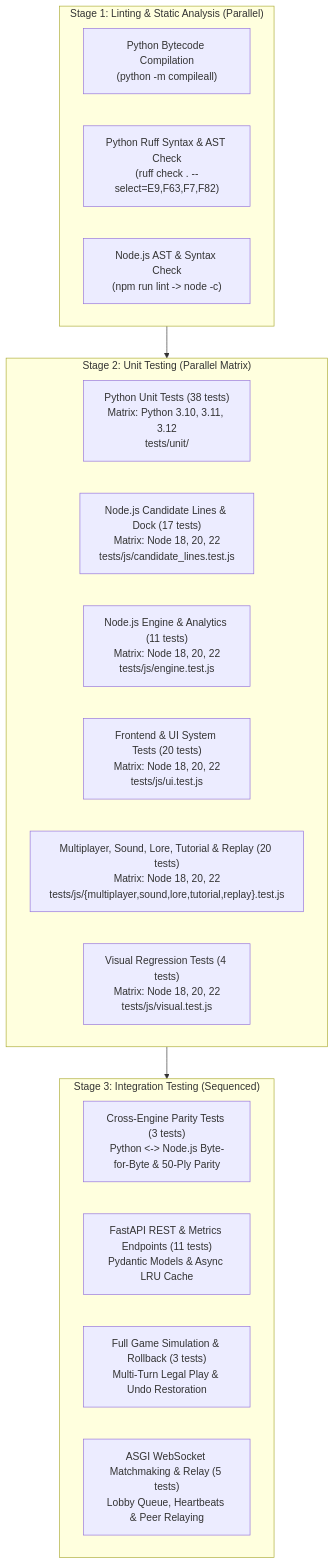
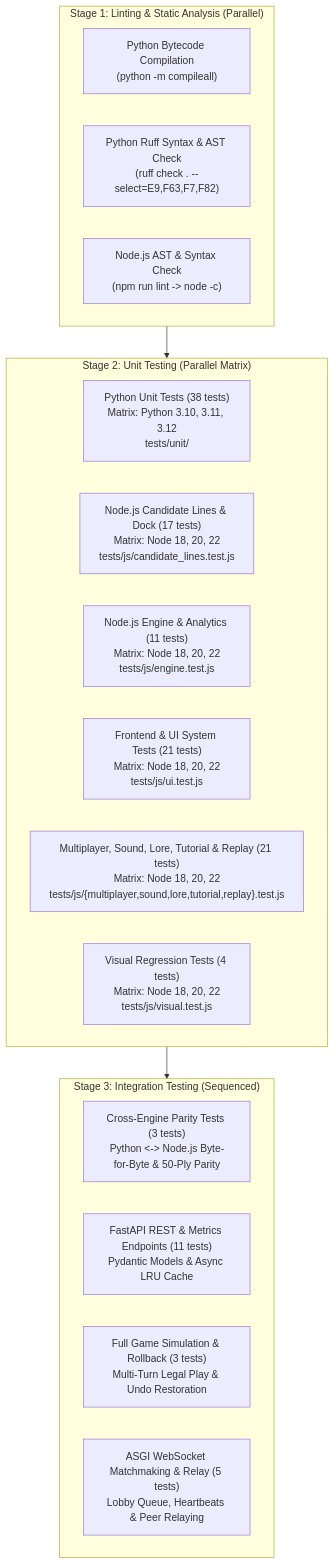
One commit to kshtomar/TigersDay changed the diagram in TESTS.md. Above: the diagram before and after it, drawn with Mermaid. The commit also changed other lines of this file and 6 other files, not shown here.

````diff
--- a/TESTS.md
+++ b/TESTS.md
@@ -11,27 +11,27 @@
 ```mermaid
 flowchart TD
     subgraph Stage1["Stage 1: Linting & Static Analysis (Parallel)"]
         L1["Python Bytecode Compilation<br/>(python -m compileall)"]
         L2["Python Ruff Syntax & AST Check<br/>(ruff check . --select=E9,F63,F7,F82)"]
         L3["Node.js AST & Syntax Check<br/>(npm run lint -> node -c)"]
     end
 
     subgraph Stage2["Stage 2: Unit Testing (Parallel Matrix)"]
         U1["Python Unit Tests (38 tests)<br/>Matrix: Python 3.10, 3.11, 3.12<br/>tests/unit/"]
         U2["Node.js Candidate Lines & Dock (17 tests)<br/>Matrix: Node 18, 20, 22<br/>tests/js/candidate_lines.test.js"]
         U3["Node.js Engine & Analytics (11 tests)<br/>Matrix: Node 18, 20, 22<br/>tests/js/engine.test.js"]
-        U4["Frontend & UI System Tests (20 tests)<br/>Matrix: Node 18, 20, 22<br/>tests/js/ui.test.js"]
-        U5["Multiplayer, Sound, Lore, Tutorial & Replay (20 tests)<br/>Matrix: Node 18, 20, 22<br/>tests/js/{multiplayer,sound,lore,tutorial,replay}.test.js"]
+        U4["Frontend & UI System Tests (21 tests)<br/>Matrix: Node 18, 20, 22<br/>tests/js/ui.test.js"]
+        U5["Multiplayer, Sound, Lore, Tutorial & Replay (21 tests)<br/>Matrix: Node 18, 20, 22<br/>tests/js/{multiplayer,sound,lore,tutorial,replay}.test.js"]
         U6["Visual Regression Tests (4 tests)<br/>Matrix: Node 18, 20, 22<br/>tests/js/visual.test.js"]
     end
 
     subgraph Stage3["Stage 3: Integration Testing (Sequenced)"]
         I1["Cross-Engine Parity Tests (3 tests)<br/>Python <-> Node.js Byte-for-Byte & 50-Ply Parity"]
         I2["FastAPI REST & Metrics Endpoints (11 tests)<br/>Pydantic Models & Async LRU Cache"]
         I3["Full Game Simulation & Rollback (3 tests)<br/>Multi-Turn Legal Play & Undo Restoration"]
         I4["ASGI WebSocket Matchmaking & Relay (5 tests)<br/>Lobby Queue, Heartbeats & Peer Relaying"]
     end
 
     Stage1 --> Stage2
     Stage2 --> Stage3
 ```
````
